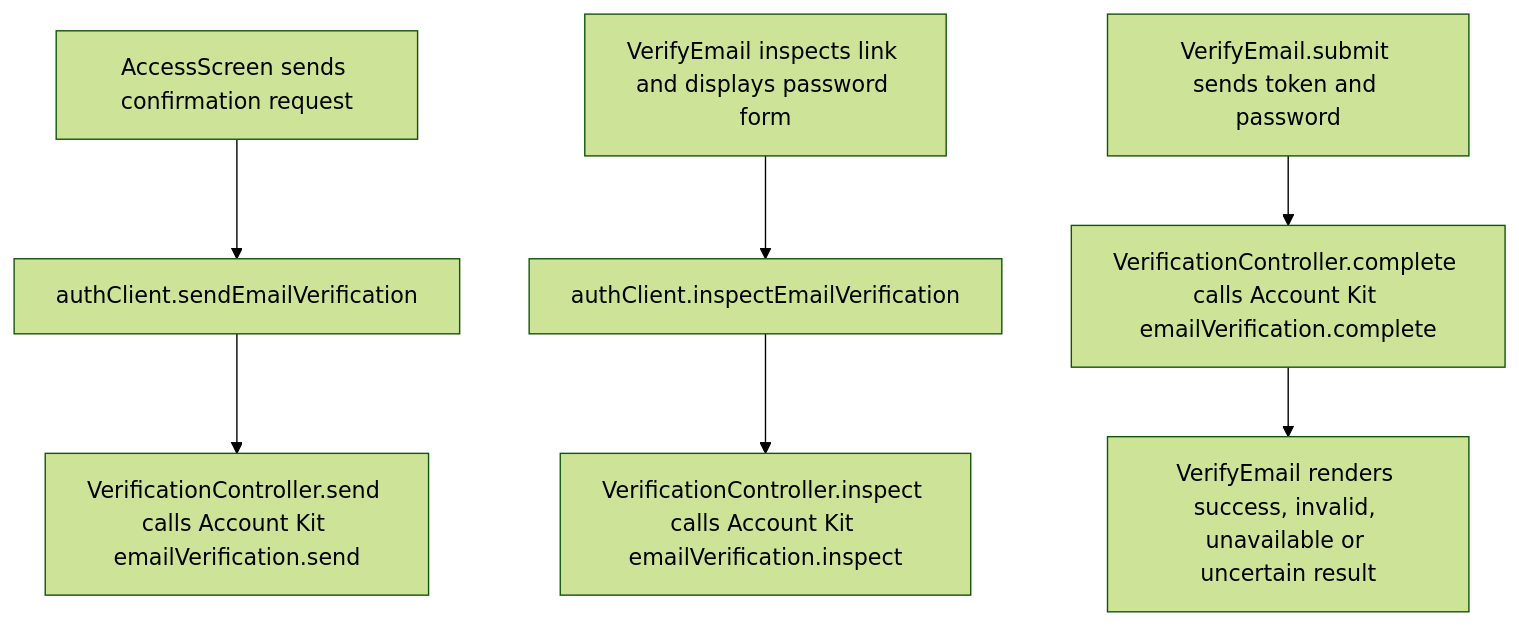
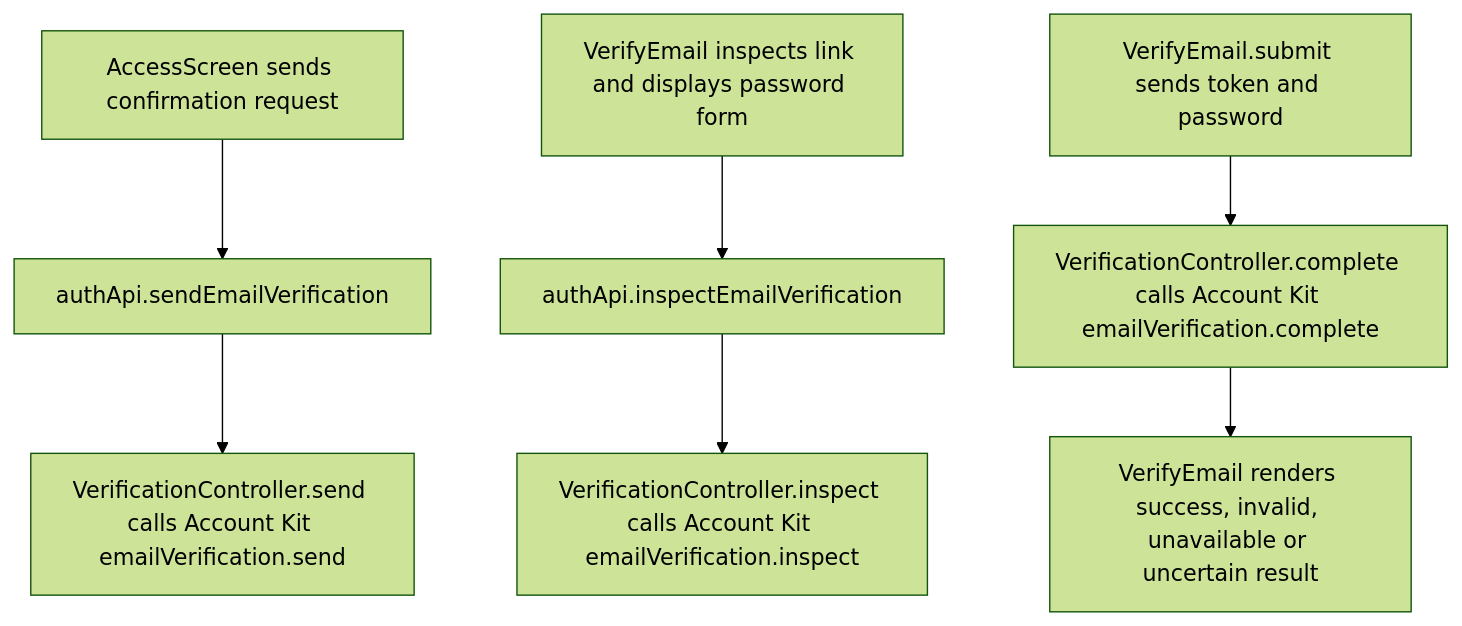
The second of 2 diagrams in user-stories/account/US-ACCOUNT-07-confirm-email.md (Kevinjohn/capacitylens), drawn with Mermaid (forest theme) before and after one commit. The commit also changed other lines of this file and 79 other files, not shown here.

First line of the commit message:
Client to Api: rename the typed HTTP modules

````diff
--- a/user-stories/account/US-ACCOUNT-07-confirm-email.md
+++ b/user-stories/account/US-ACCOUNT-07-confirm-email.md
@@ -35,9 +35,9 @@
 ```mermaid
 flowchart TD
-  access["AccessScreen sends confirmation request"] --> send["authClient.sendEmailVerification"]
+  access["AccessScreen sends confirmation request"] --> send["authApi.sendEmailVerification"]
   send --> mail["VerificationController.send calls Account Kit emailVerification.send"]
-  link["VerifyEmail inspects link and displays password form"] --> inspect["authClient.inspectEmailVerification"]
+  link["VerifyEmail inspects link and displays password form"] --> inspect["authApi.inspectEmailVerification"]
   inspect --> kitInspect["VerificationController.inspect calls Account Kit emailVerification.inspect"]
   form["VerifyEmail.submit sends token and password"] --> complete["VerificationController.complete calls Account Kit emailVerification.complete"]
   complete --> result["VerifyEmail renders success, invalid, unavailable or uncertain result"]
 ```
````
